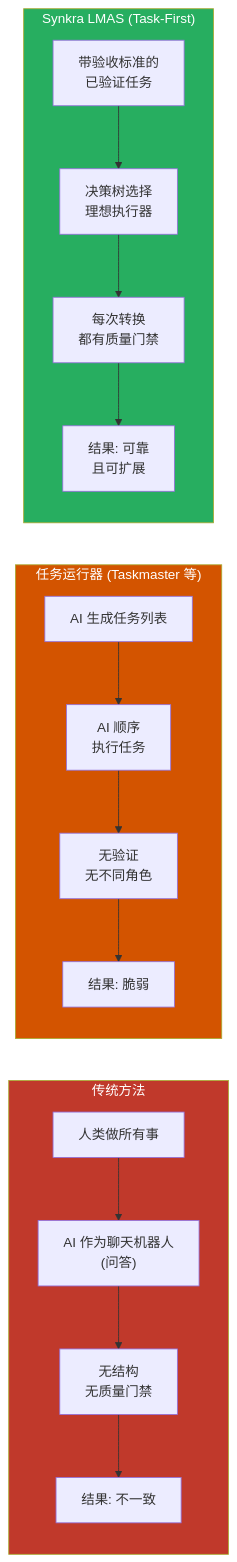
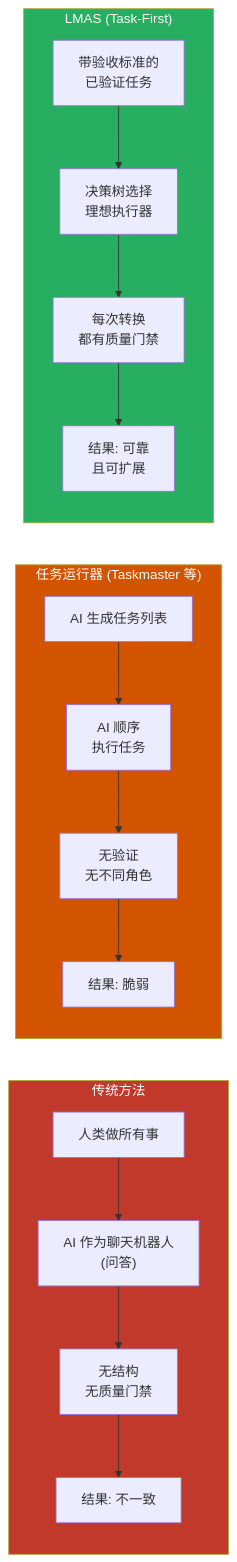
Before and after one commit to oluanferreira/luan-multiagent-scrum: diagram 12 of 12 in docs/zh/architecture/AIOX-VISUAL-OVERVIEW.md, drawn with Mermaid. The commit also changed other lines of this file and 415 other files, not shown here.

First line of the commit message:
refactor: rebrand Synkra/SynkraAI → LMAS by Luan Ferreira

````diff
--- a/docs/zh/architecture/AIOX-VISUAL-OVERVIEW.md
+++ b/docs/zh/architecture/AIOX-VISUAL-OVERVIEW.md
@@ -527,27 +527,27 @@
 ```mermaid
 flowchart LR
     subgraph TRAD["传统方法"]
         direction TB
         T1["人类做所有事"] --> T2["AI 作为聊天机器人<br/>(问答)"]
         T2 --> T3["无结构<br/>无质量门禁"]
         T3 --> T4["结果: 不一致"]
     end
 
     subgraph TASKMASTER["任务运行器 (Taskmaster 等)"]
         direction TB
         TM1["AI 生成任务列表"] --> TM2["AI 顺序<br/>执行任务"]
         TM2 --> TM3["无验证<br/>无不同角色"]
         TM3 --> TM4["结果: 脆弱"]
     end
 
-    subgraph LMAS_WAY["Synkra LMAS (Task-First)"]
+    subgraph LMAS_WAY["LMAS (Task-First)"]
         direction TB
         A1["带验收标准的<br/>已验证任务"] --> A2["决策树选择<br/>理想执行器"]
         A2 --> A3["每次转换<br/>都有质量门禁"]
         A3 --> A4["结果: 可靠<br/>且可扩展"]
     end
 
     style TRAD fill:#c0392b,color:#fff
     style TASKMASTER fill:#d35400,color:#fff
     style LMAS_WAY fill:#27ae60,color:#fff
 ```
````
